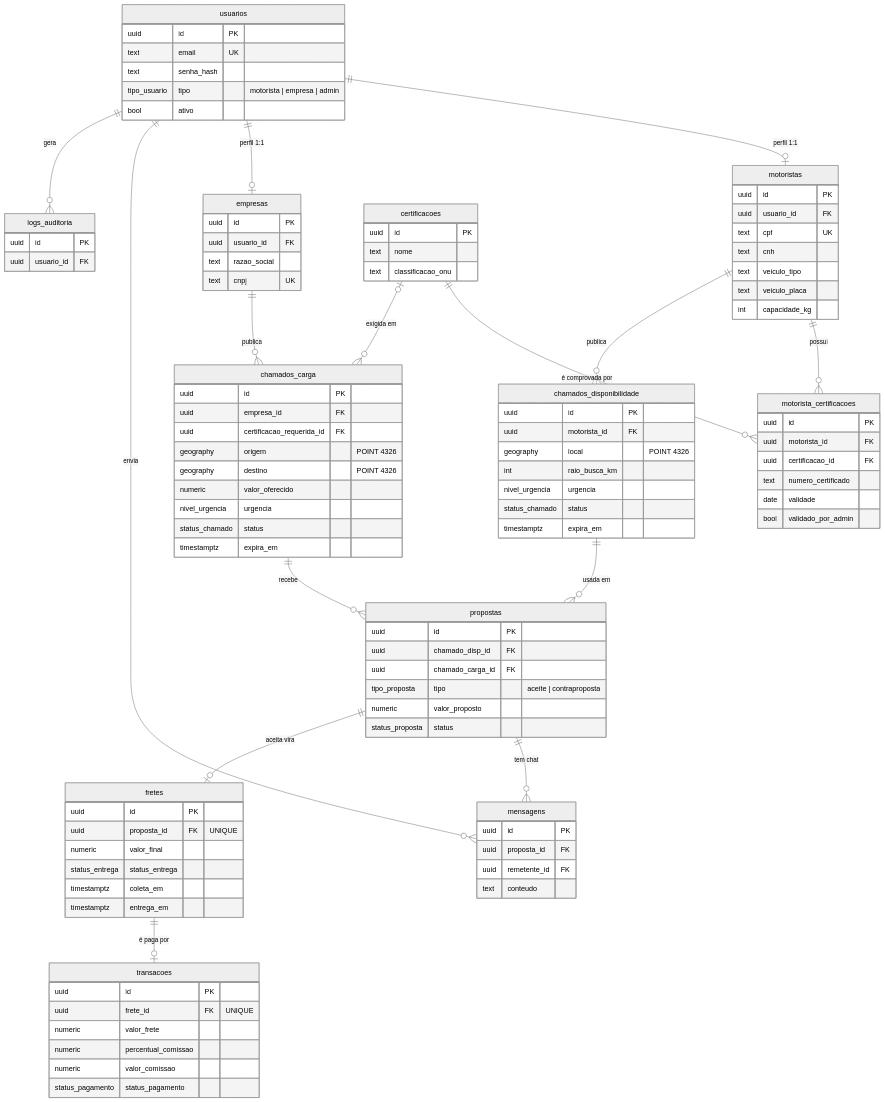
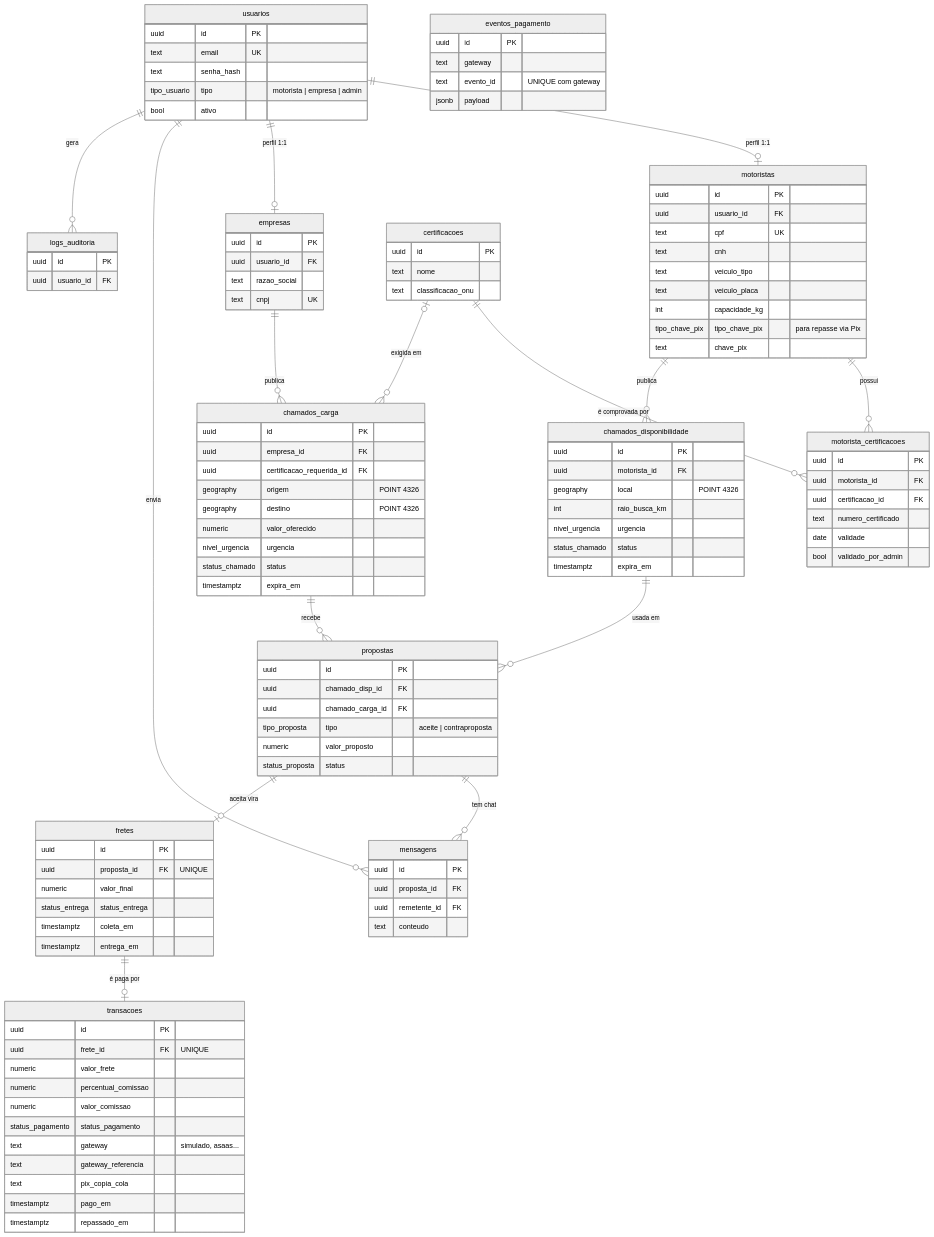
One commit to Diogo-Rodrigues00/Backhaul changed the diagram in docs/banco-de-dados.md. Above: the diagram before and after it, drawn with Mermaid (neutral theme). The commit also changed other lines of this file and 9 other files, not shown here.

First line of the commit message:
feat: chave Pix do motorista e migração base do pagamento

```diff
--- a/docs/banco-de-dados.md
+++ b/docs/banco-de-dados.md
@@ -39,6 +39,8 @@
         text veiculo_tipo
         text veiculo_placa
         int capacidade_kg
+        tipo_chave_pix tipo_chave_pix "para repasse via Pix"
+        text chave_pix
     }
     empresas {
         uuid id PK
@@ -108,6 +110,17 @@
         numeric percentual_comissao
         numeric valor_comissao
         status_pagamento status_pagamento
+        text gateway "simulado, asaas..."
+        text gateway_referencia
+        text pix_copia_cola
+        timestamptz pago_em
+        timestamptz repassado_em
+    }
+    eventos_pagamento {
+        uuid id PK
+        text gateway
+        text evento_id "UNIQUE com gateway"
+        jsonb payload
     }
     logs_auditoria {
         uuid id PK
```
